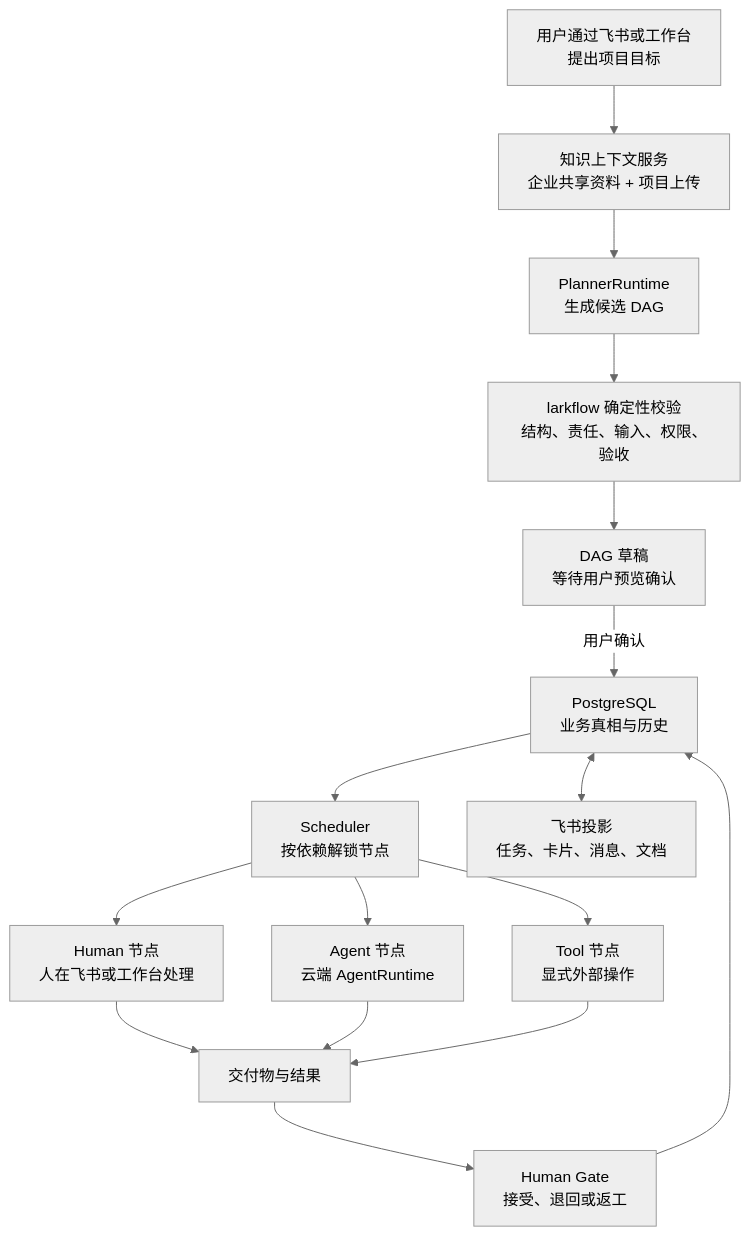
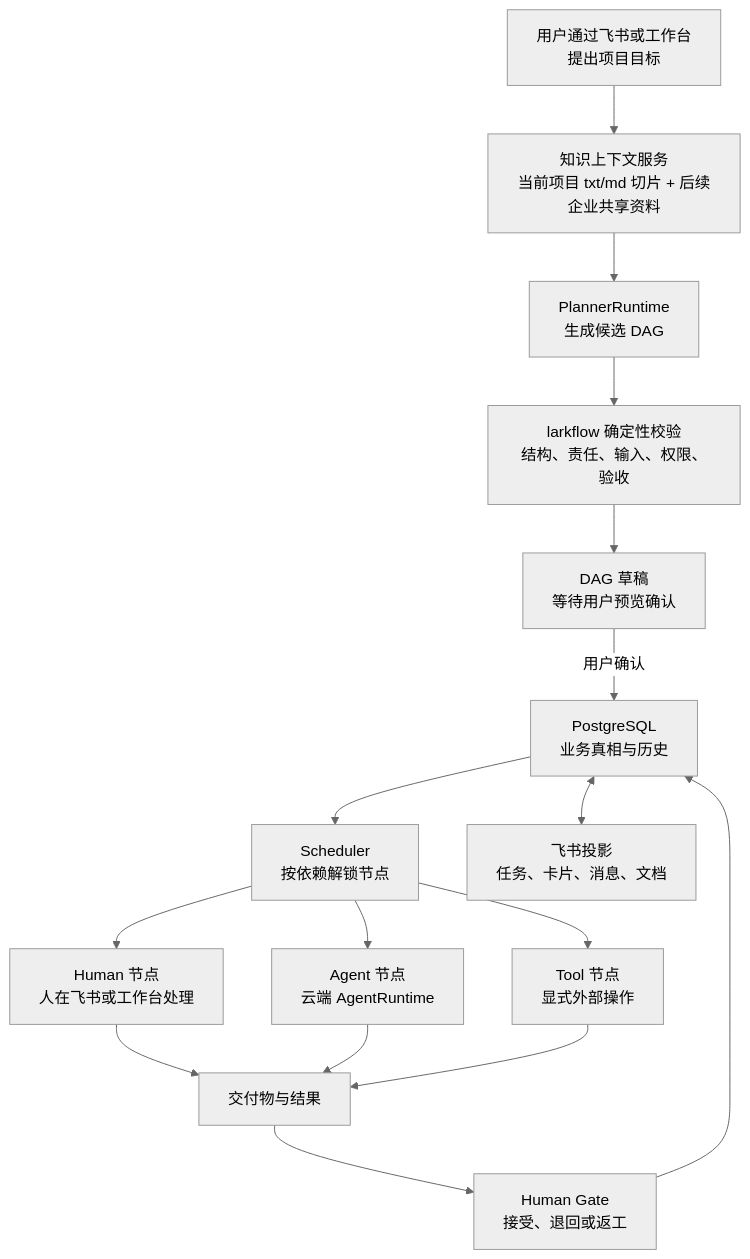
The diagram in docs/ARCHITECTURE_OVERVIEW.md (iyuenan3/larkflow), drawn with Mermaid (neutral theme) before and after one commit. The commit also changed other lines of this file and 2 other files, not shown here.

````diff
--- a/docs/ARCHITECTURE_OVERVIEW.md
+++ b/docs/ARCHITECTURE_OVERVIEW.md
@@ -17,21 +17,21 @@
 ```mermaid
 flowchart TD
-    U["用户通过飞书或工作台<br/>提出项目目标"] --> K["知识上下文服务<br/>企业共享资料 + 项目上传"]
+    U["用户通过飞书或工作台<br/>提出项目目标"] --> K["知识上下文服务<br/>当前项目 txt/md 切片 + 后续企业共享资料"]
     K --> P["PlannerRuntime<br/>生成候选 DAG"]
     P --> V["larkflow 确定性校验<br/>结构、责任、输入、权限、验收"]
     V --> D["DAG 草稿<br/>等待用户预览确认"]
     D -->|"用户确认"| DB["PostgreSQL<br/>业务真相与历史"]
     DB --> S["Scheduler<br/>按依赖解锁节点"]
 
     S --> H["Human 节点<br/>人在飞书或工作台处理"]
     S --> A["Agent 节点<br/>云端 AgentRuntime"]
     S --> T["Tool 节点<br/>显式外部操作"]
 
     H --> R["交付物与结果"]
     A --> R
     T --> R
     R --> G["Human Gate<br/>接受、退回或返工"]
     G --> DB
 
     DB <--> F["飞书投影<br/>任务、卡片、消息、文档"]
 ```
````
